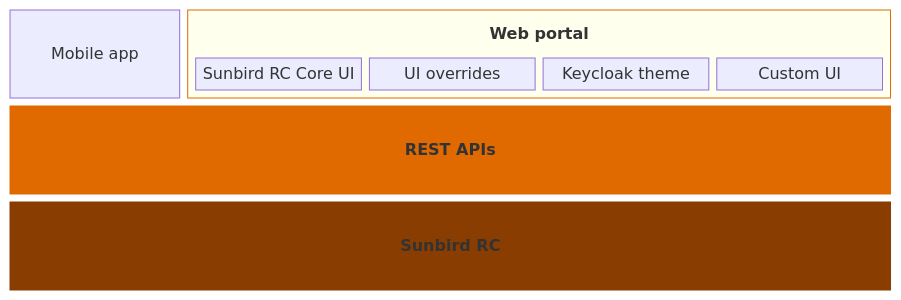
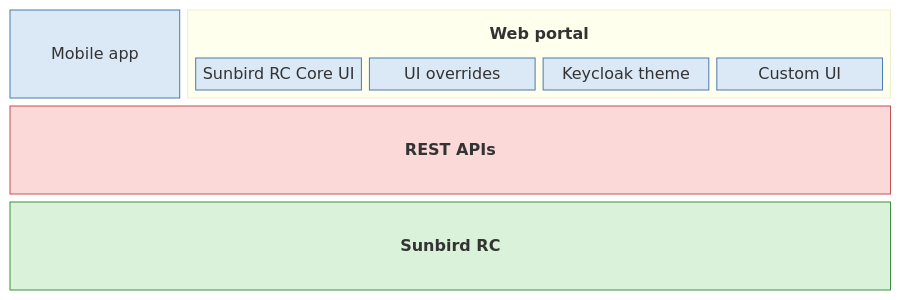
The diagram in credentials/architecture/tech-stack-and-requirements.md (mysticmind/sunbird-rc-docs), drawn with Mermaid before and after one commit. The commit also changed 3 other files, not shown here.

First line of the commit message:
Improve Mermaid diagram colours and contrast in both themes

````diff
--- a/credentials/architecture/tech-stack-and-requirements.md
+++ b/credentials/architecture/tech-stack-and-requirements.md
@@ -12,19 +12,20 @@
 ```mermaid
 block-beta
     columns 5
     Mobile["Mobile app"]
     block:Web:4
         columns 4
         WebTitle["Web portal"]:4
         CoreUI["Sunbird RC Core UI"] Overrides["UI overrides"] Keycloak["Keycloak theme"] CustomUI["Custom UI"]
     end
     API["REST APIs"]:5
     RC["Sunbird RC"]:5
     classDef title fill:none,stroke:none,font-weight:bold
-    classDef api fill:#e06a00,stroke:#e06a00,color:#fff,font-weight:bold
-    classDef rc fill:#8a3d00,stroke:#8a3d00,color:#fff,font-weight:bold
+    classDef box fill:#dbe8f6,stroke:#4a7bab,color:#1d1d1f
+    classDef api fill:#fcd9d9,stroke:#c0504d,color:#1d1d1f,font-weight:bold
+    classDef rc fill:#d9f2d9,stroke:#3f8f3f,color:#1d1d1f,font-weight:bold
     class WebTitle title
+    class Mobile,CoreUI,Overrides,Keycloak,CustomUI box
     class API api
     class RC rc
-    style Web stroke:#e06a00
 ```
````
